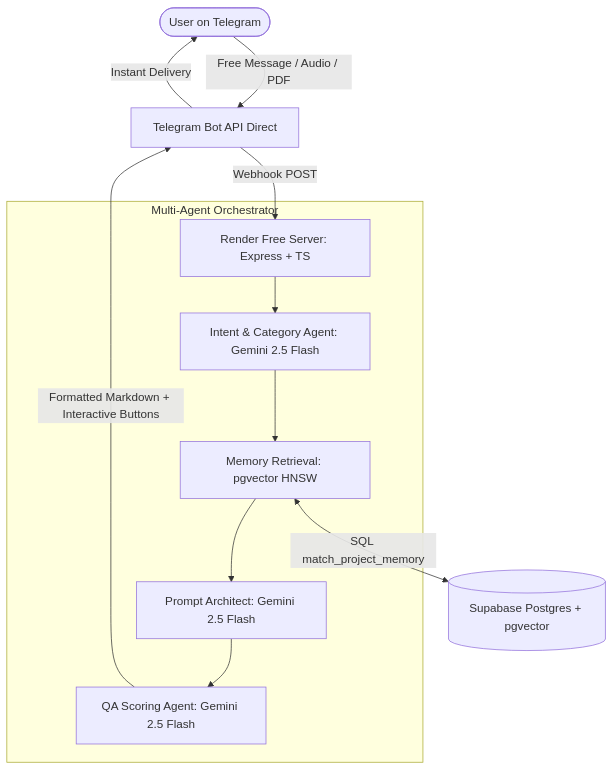
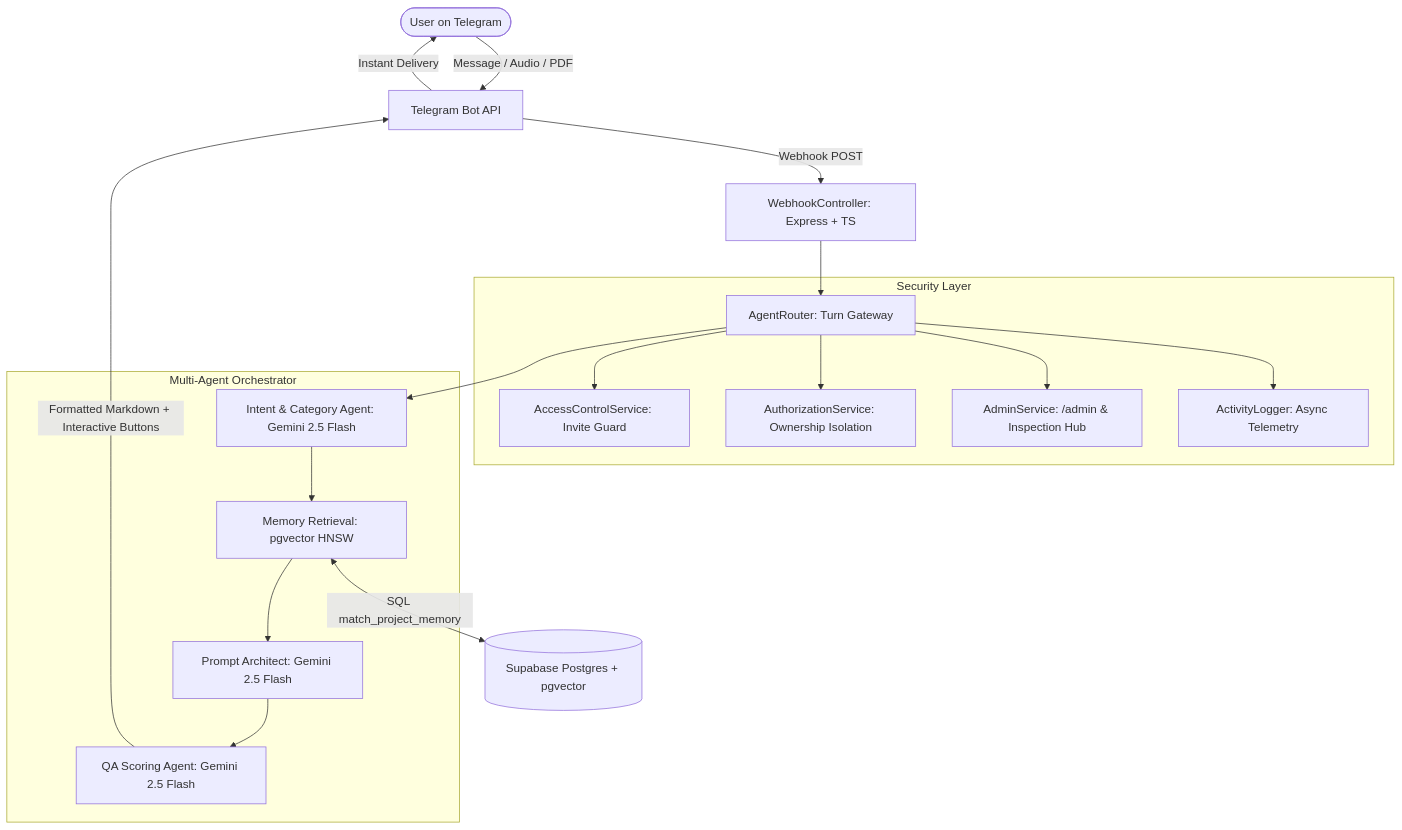
The diagram in README.md (Shivansh-3010/PromptPilot), drawn with Mermaid before and after one commit. The commit also changed other lines of this file and 10 other files, not shown here.

Commit message:
Implement invite-only access control and admin security

````diff
--- a/README.md
+++ b/README.md
@@ -36,16 +36,24 @@
 ```mermaid
 graph TD
-    User([User on Telegram]) -->|Free Message / Audio / PDF| WA_API[Telegram Bot API Direct]
-    WA_API -->|Webhook POST| Render[Render Free Server: Express + TS]
+    User([User on Telegram]) -->|Message / Audio / PDF| TelegramAPI[Telegram Bot API]
+    TelegramAPI -->|Webhook POST| WebhookCtrl[WebhookController: Express + TS]
+    WebhookCtrl --> AgentRouter[AgentRouter: Turn Gateway]
+    
+    subgraph Security Layer
+        AgentRouter --> AccessCtrl[AccessControlService: Invite Guard]
+        AgentRouter --> AuthzSvc[AuthorizationService: Ownership Isolation]
+        AgentRouter --> AdminSvc[AdminService: /admin & Inspection Hub]
+        AgentRouter --> Logger[ActivityLogger: Async Telemetry]
+    end
     
     subgraph Multi-Agent Orchestrator
-        Render --> IntentAgent[Intent & Category Agent: Gemini 2.5 Flash]
+        AgentRouter --> IntentAgent[Intent & Category Agent: Gemini 2.5 Flash]
         IntentAgent --> MemoryService[Memory Retrieval: pgvector HNSW]
         MemoryService --> GenAgent[Prompt Architect: Gemini 2.5 Flash]
         GenAgent --> ScoreAgent[QA Scoring Agent: Gemini 2.5 Flash]
     end
     
     MemoryService <-->|SQL match_project_memory| Supabase[(Supabase Postgres + pgvector)]
-    ScoreAgent -->|Formatted Markdown + Interactive Buttons| WA_API
-    WA_API -->|Instant Delivery| User
+    ScoreAgent -->|Formatted Markdown + Interactive Buttons| TelegramAPI
+    TelegramAPI -->|Instant Delivery| User
 ```
````
